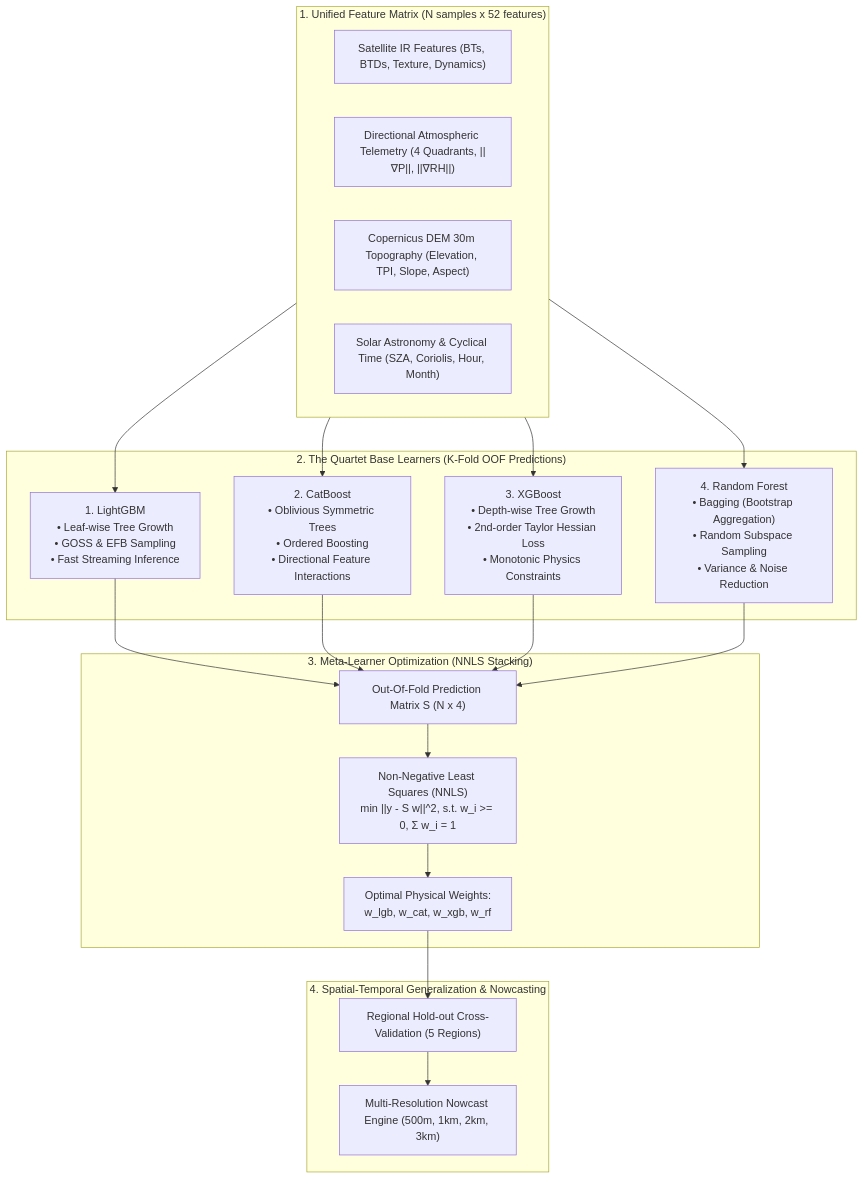
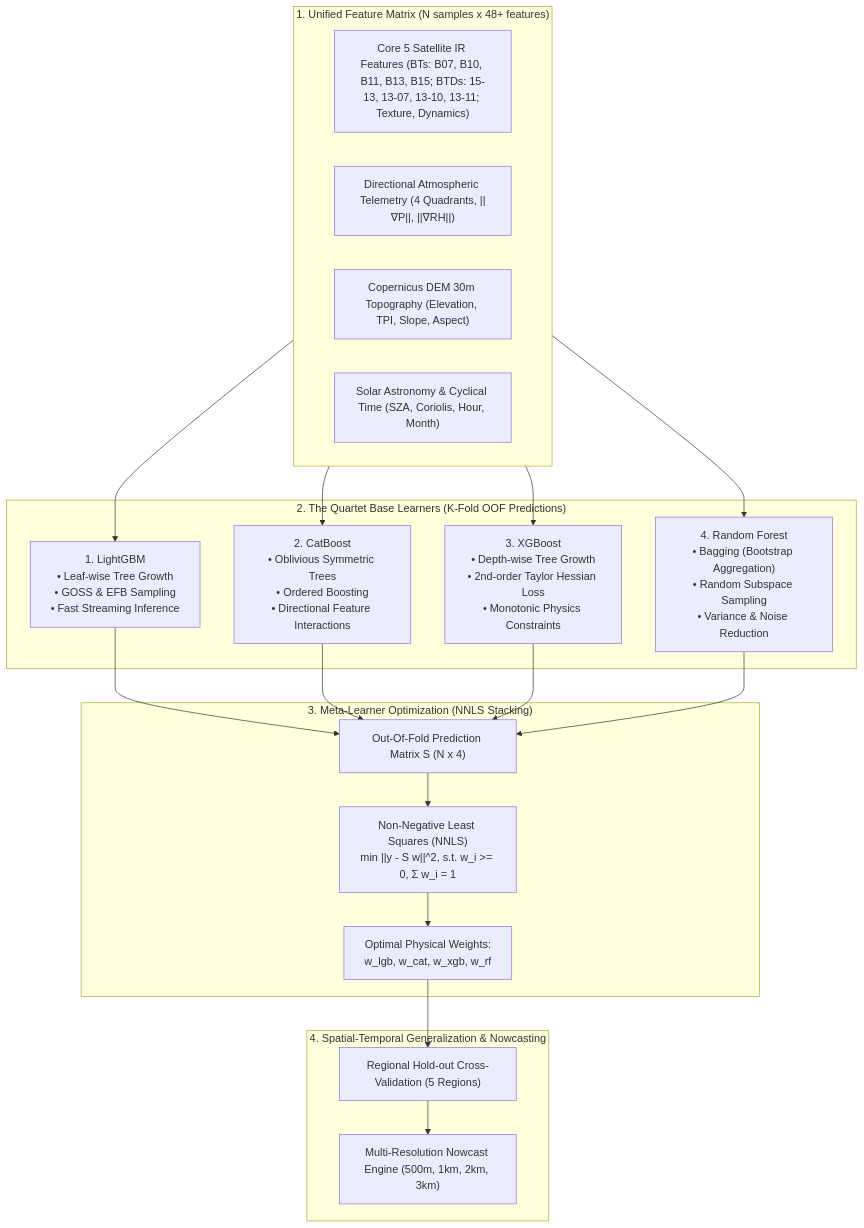
Before and after one commit to korarit/dust-from-satellite-image-thailand: the first of 2 diagrams in technical-model.md, drawn with Mermaid. The commit also changed other lines of this file and 5 other files, not shown here.

````diff
--- a/technical-model.md
+++ b/technical-model.md
@@ -15,32 +15,32 @@
 ```mermaid
 flowchart TD
-    subgraph InputMatrix ["1. Unified Feature Matrix (N samples x 52 features)"]
-        F1["Satellite IR Features (BTs, BTDs, Texture, Dynamics)"]
+    subgraph InputMatrix ["1. Unified Feature Matrix (N samples x 48+ features)"]
+        F1["Core 5 Satellite IR Features (BTs: B07, B10, B11, B13, B15; BTDs: 15-13, 13-07, 13-10, 13-11; Texture, Dynamics)"]
         F2["Directional Atmospheric Telemetry (4 Quadrants, ||∇P||, ||∇RH||)"]
         F3["Copernicus DEM 30m Topography (Elevation, TPI, Slope, Aspect)"]
         F4["Solar Astronomy & Cyclical Time (SZA, Coriolis, Hour, Month)"]
     end
 
     subgraph QuartetSuite ["2. The Quartet Base Learners (K-Fold OOF Predictions)"]
         LGB["1. LightGBM<br>• Leaf-wise Tree Growth<br>• GOSS & EFB Sampling<br>• Fast Streaming Inference"]
         CAT["2. CatBoost<br>• Oblivious Symmetric Trees<br>• Ordered Boosting<br>• Directional Feature Interactions"]
         XGB["3. XGBoost<br>• Depth-wise Tree Growth<br>• 2nd-order Taylor Hessian Loss<br>• Monotonic Physics Constraints"]
         RF["4. Random Forest<br>• Bagging (Bootstrap Aggregation)<br>• Random Subspace Sampling<br>• Variance & Noise Reduction"]
     end
 
     subgraph MetaStacking ["3. Meta-Learner Optimization (NNLS Stacking)"]
         OOF["Out-Of-Fold Prediction Matrix S (N x 4)"]
         NNLS["Non-Negative Least Squares (NNLS)<br>min ||y - S w||^2, s.t. w_i >= 0, Σ w_i = 1"]
         Weights["Optimal Physical Weights:<br>w_lgb, w_cat, w_xgb, w_rf"]
     end
 
     subgraph Evaluation ["4. Spatial-Temporal Generalization & Nowcasting"]
         CV["Regional Hold-out Cross-Validation (5 Regions)"]
         Nowcast["Multi-Resolution Nowcast Engine (500m, 1km, 2km, 3km)"]
     end
 
     InputMatrix --> LGB & CAT & XGB & RF
     LGB & CAT & XGB & RF --> OOF
     OOF --> NNLS --> Weights
     Weights --> CV --> Nowcast
 ```
````
